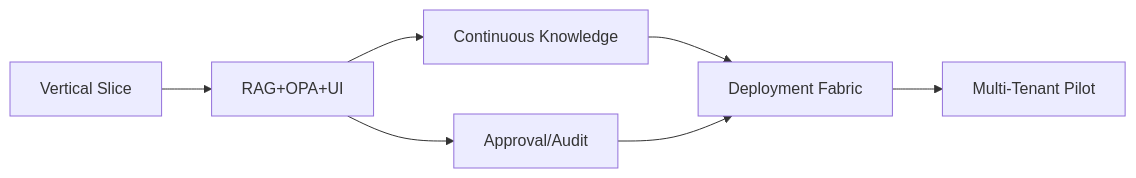
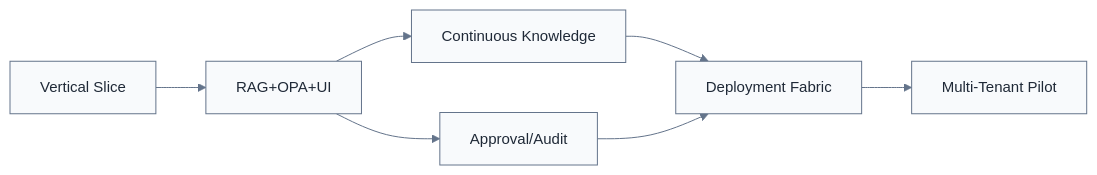
Before and after one commit to hori5000/Rulmera-OPA: the diagram in rulmera-enterprise-knowledge/00-프로젝트관리/07-범위-WBS.md, drawn with Mermaid. The commit also changed other lines of this file and 63 other files, not shown here.

````diff
--- a/rulmera-enterprise-knowledge/00-프로젝트관리/07-범위-WBS.md
+++ b/rulmera-enterprise-knowledge/00-프로젝트관리/07-범위-WBS.md
@@ -39,9 +53,10 @@
 ```mermaid
+%%{init: {"theme":"base","themeVariables":{"primaryColor":"#F8FAFC","primaryTextColor":"#1F2937","primaryBorderColor":"#64748B","lineColor":"#64748B","secondaryColor":"#EAF4FF","tertiaryColor":"#EAFBF2","clusterBkg":"#F8FAFC","clusterBorder":"#CBD5E1","fontSize":"15px"}} }%%
 flowchart LR
   POC[Vertical Slice] --> CORE[RAG+OPA+UI]
   CORE --> CK[Continuous Knowledge]
   CORE --> WF[Approval/Audit]
   CK --> DF[Deployment Fabric]
   WF --> DF
   DF --> PILOT[Multi-Tenant Pilot]
 ```
````
